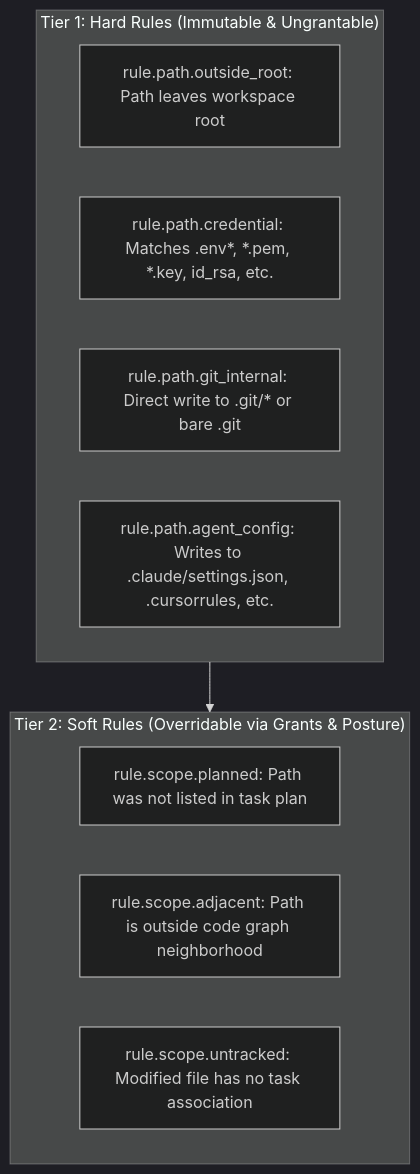
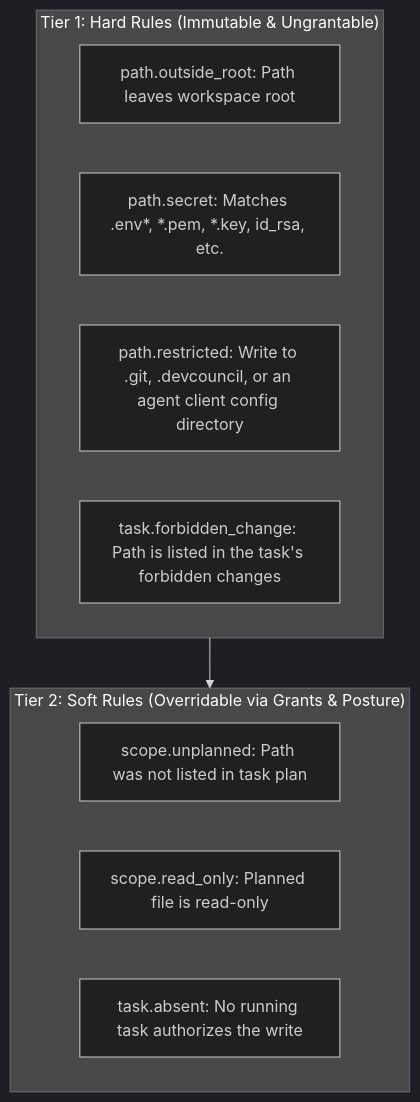
The third of 7 diagrams in docs/POLICY_AND_SAFETY.md (bharathvbcr/Manvi), drawn with Mermaid (dark theme) before and after one commit. The commit also changed other lines of this file and 10 other files, not shown here.

````diff
--- a/docs/POLICY_AND_SAFETY.md
+++ b/docs/POLICY_AND_SAFETY.md
@@ -69,17 +69,17 @@
 ```mermaid
 flowchart TD
     subgraph HardRulesGroup["Tier 1: Hard Rules (Immutable & Ungrantable)"]
-        H1["rule.path.outside_root: Path leaves workspace root"]
-        H2["rule.path.credential: Matches .env*, *.pem, *.key, id_rsa, etc."]
-        H3["rule.path.git_internal: Direct write to .git/* or bare .git"]
-        H4["rule.path.agent_config: Writes to .claude/settings.json, .cursorrules, etc."]
+        H1["path.outside_root: Path leaves workspace root"]
+        H2["path.secret: Matches .env*, *.pem, *.key, id_rsa, etc."]
+        H3["path.restricted: Write to .git, .devcouncil, or an agent client config directory"]
+        H4["task.forbidden_change: Path is listed in the task's forbidden changes"]
     end
 
     subgraph SoftRulesGroup["Tier 2: Soft Rules (Overridable via Grants & Posture)"]
-        S1["rule.scope.planned: Path was not listed in task plan"]
-        S2["rule.scope.adjacent: Path is outside code graph neighborhood"]
-        S3["rule.scope.untracked: Modified file has no task association"]
+        S1["scope.unplanned: Path was not listed in task plan"]
+        S2["scope.read_only: Planned file is read-only"]
+        S3["task.absent: No running task authorizes the write"]
     end
 
     HardRulesGroup --> SoftRulesGroup
 ```
````
